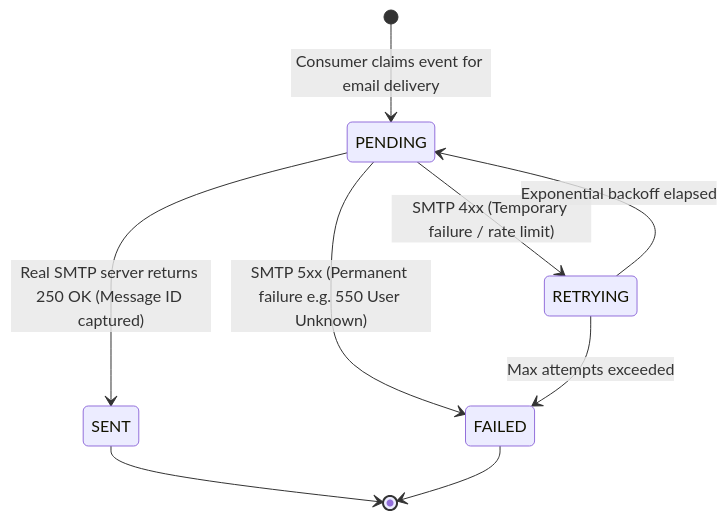
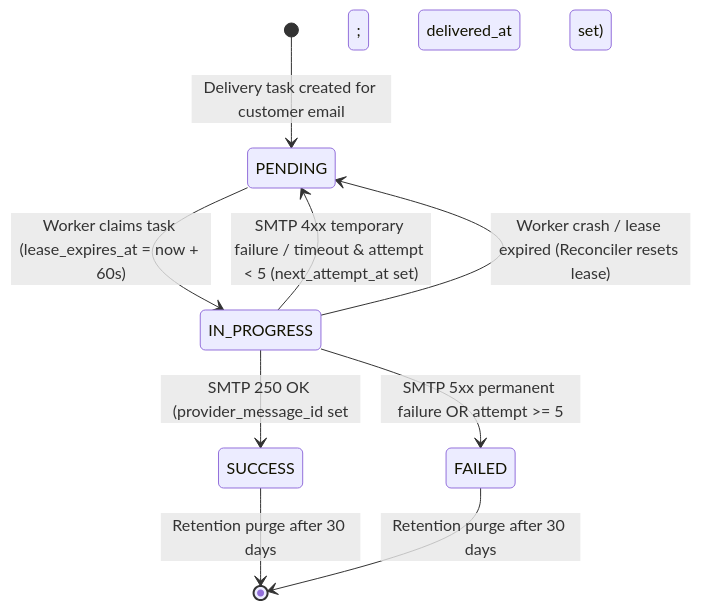
Before and after one commit to phantomTroupeEAD/SwiftDrop: the third of 8 diagrams in docs/drafts/member-08-events-messaging/doc-02-functional-flows-and-business-rules.md, drawn with Mermaid. The commit also changed other lines of this file and 13 other files, not shown here.

````diff
--- a/docs/drafts/member-08-events-messaging/doc-02-functional-flows-and-business-rules.md
+++ b/docs/drafts/member-08-events-messaging/doc-02-functional-flows-and-business-rules.md
@@ -72,14 +78,13 @@
 ```mermaid
 stateDiagram-v2
-    [*] --> PENDING: Consumer claims event for email delivery
+    [*] --> PENDING: Delivery task created for customer email
     
-    PENDING --> SENT: Real SMTP server returns 250 OK (Message ID captured)
-    PENDING --> RETRYING: SMTP 4xx (Temporary failure / rate limit)
-    RETRYING --> PENDING: Exponential backoff elapsed
+    PENDING --> IN_PROGRESS: Worker claims task (lease_expires_at = now + 60s)
+    IN_PROGRESS --> SUCCESS: SMTP 250 OK (provider_message_id set; delivered_at set)
+    IN_PROGRESS --> PENDING: SMTP 4xx temporary failure / timeout & attempt < 5 (next_attempt_at set)
+    IN_PROGRESS --> FAILED: SMTP 5xx permanent failure OR attempt >= 5
+    IN_PROGRESS --> PENDING: Worker crash / lease expired (Reconciler resets lease)
     
-    PENDING --> FAILED: SMTP 5xx (Permanent failure e.g. 550 User Unknown)
-    RETRYING --> FAILED: Max attempts exceeded
-    
-    SENT --> [*]
-    FAILED --> [*]
+    SUCCESS --> [*]: Retention purge after 30 days
+    FAILED --> [*]: Retention purge after 30 days
 ```
````
